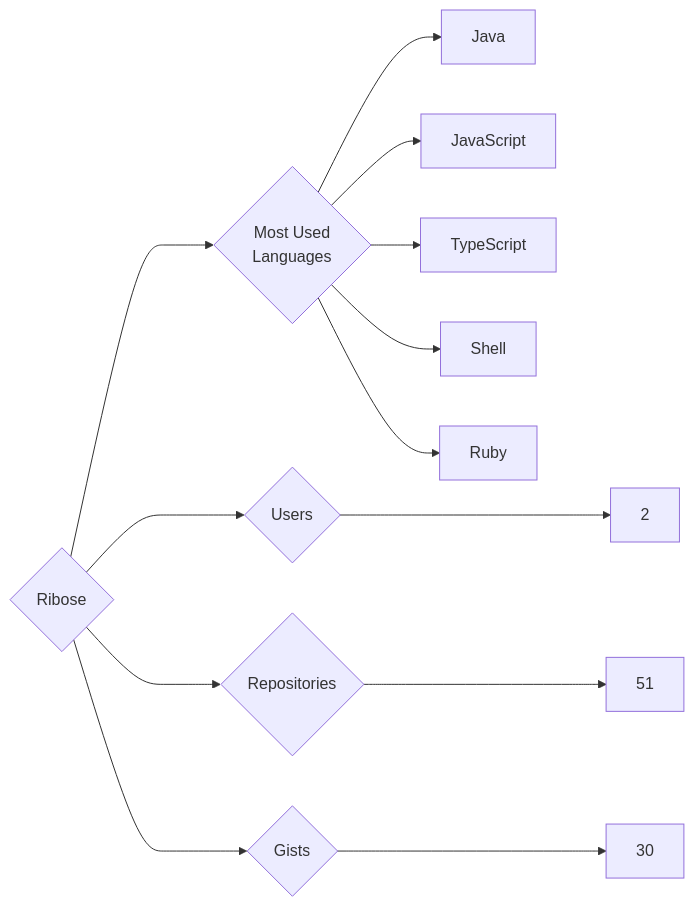
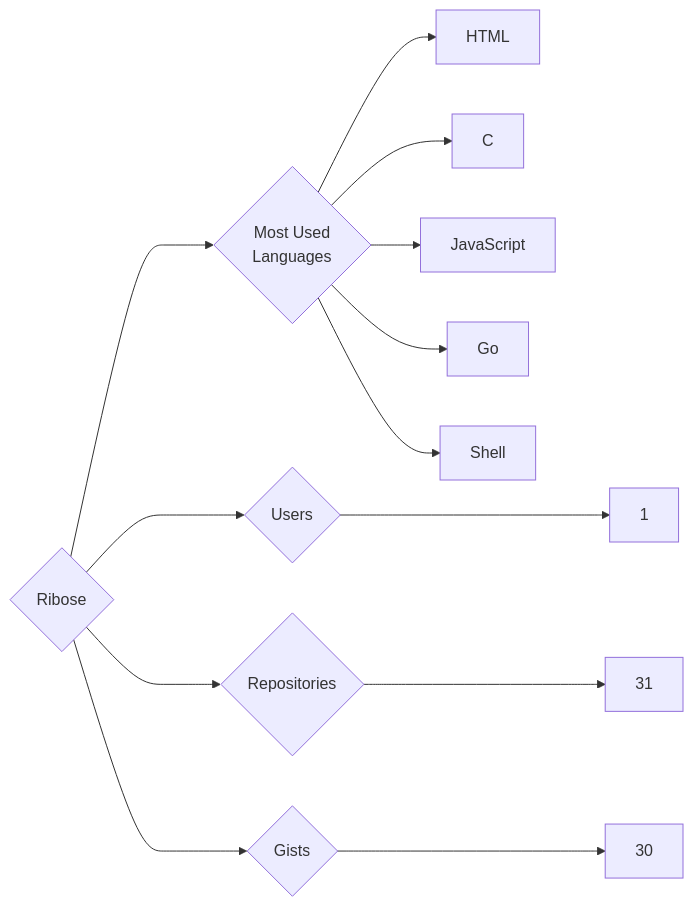
One commit to trickest/insiders changed the diagram in targets/Ribose/README.md. Above: the diagram before and after it, drawn with Mermaid. The commit also changed 939 other files, not shown here.

````diff
--- a/targets/Ribose/README.md
+++ b/targets/Ribose/README.md
@@ -3,13 +3,13 @@
 ```mermaid
 graph LR
 COMPANY_NAME{Ribose}
-COMPANY_NAME ---> U{Users} ---> UN[2]
-COMPANY_NAME ---> R{Repositories} ---> RN[51]
+COMPANY_NAME ---> U{Users} ---> UN[1]
+COMPANY_NAME ---> R{Repositories} ---> RN[31]
 COMPANY_NAME ---> G{Gists} ---> GN[30]
 COMPANY_NAME ---> ML{Most Used<br>Languages}
-ML --> Java[Java]
+ML --> HTML[HTML]
+ML --> C[C]
 ML --> JavaScript[JavaScript]
-ML --> TypeScript[TypeScript]
+ML --> Go[Go]
 ML --> Shell[Shell]
-ML --> Ruby[Ruby]
 ```
````
